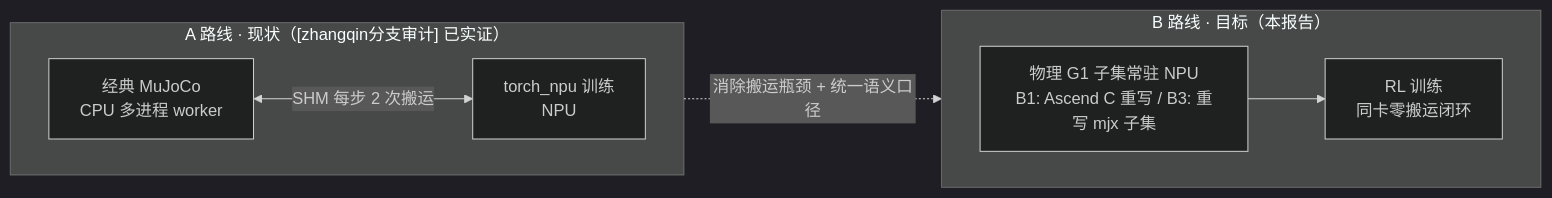
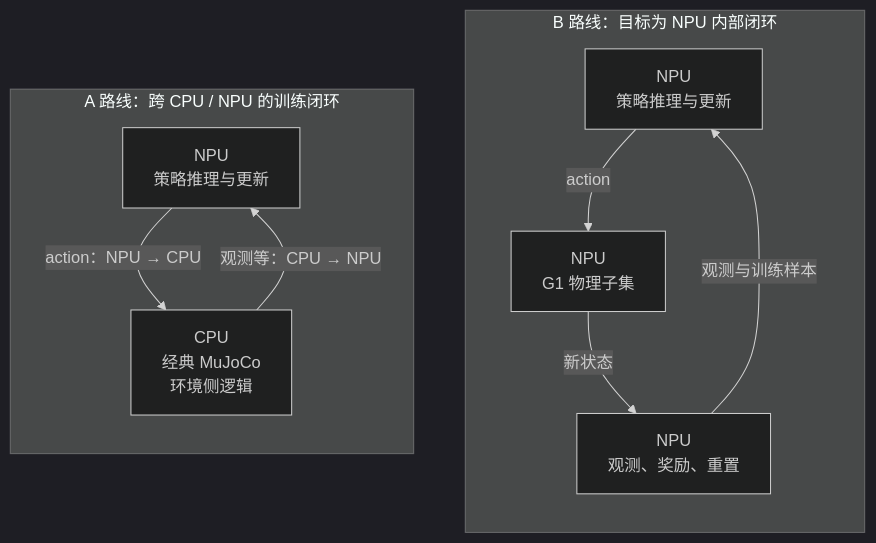
One commit to Xxc33128/embodied-ai changed the fifth of 8 diagrams in sonic-npu/reports/MuJoCo_Warp架构与昇腾NPU全量迁移B路线报告.md. Above: the diagram before and after it, drawn with Mermaid (dark theme). The commit also changed other lines of this file and 15 other files, not shown here.

````diff
--- a/sonic-npu/reports/MuJoCo_Warp架构与昇腾NPU全量迁移B路线报告.md
+++ b/sonic-npu/reports/MuJoCo_Warp架构与昇腾NPU全量迁移B路线报告.md
@@ -450,12 +455,20 @@
 ```mermaid
 flowchart LR
-    subgraph AR["A 路线 · 现状（[zhangqin分支审计] 已实证）"]
-        direction LR
-        AMJ["经典 MuJoCo<br/>CPU 多进程 worker"] <-->|"SHM 每步 2 次搬运"| ANPU["torch_npu 训练<br/>NPU"]
+    subgraph A["A 路线：跨 CPU / NPU 的训练闭环"]
+        direction TB
+        AP["NPU<br/>策略推理与更新"]
+        AE["CPU<br/>经典 MuJoCo<br/>环境侧逻辑"]
+        AP -->|"action：NPU → CPU"| AE
+        AE -->|"观测等：CPU → NPU"| AP
     end
-    subgraph BR["B 路线 · 目标（本报告）"]
-        direction LR
-        BNPU["物理 G1 子集常驻 NPU<br/>B1: Ascend C 重写 / B3: 重写 mjx 子集"] --> RL2["RL 训练<br/>同卡零搬运闭环"]
+    subgraph B["B 路线：目标为 NPU 内部闭环"]
+        direction TB
+        BP["NPU<br/>策略推理与更新"]
+        BE["NPU<br/>观测、奖励、重置"]
+        BM["NPU<br/>G1 物理子集"]
+        BP -->|"action"| BM
+        BM -->|"新状态"| BE
+        BE -->|"观测与训练样本"| BP
     end
-    AMJ -. "消除搬运瓶颈 + 统一语义口径" .-> BNPU
+    A ~~~ B
 ```
````
